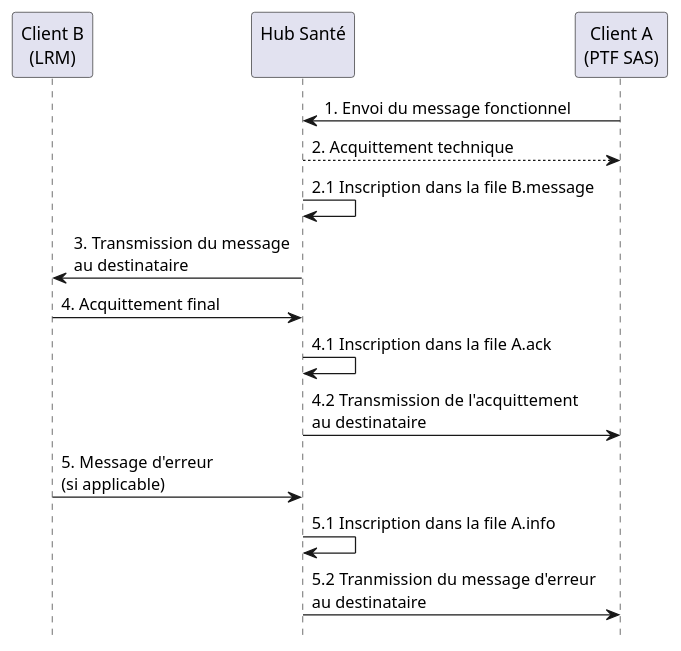
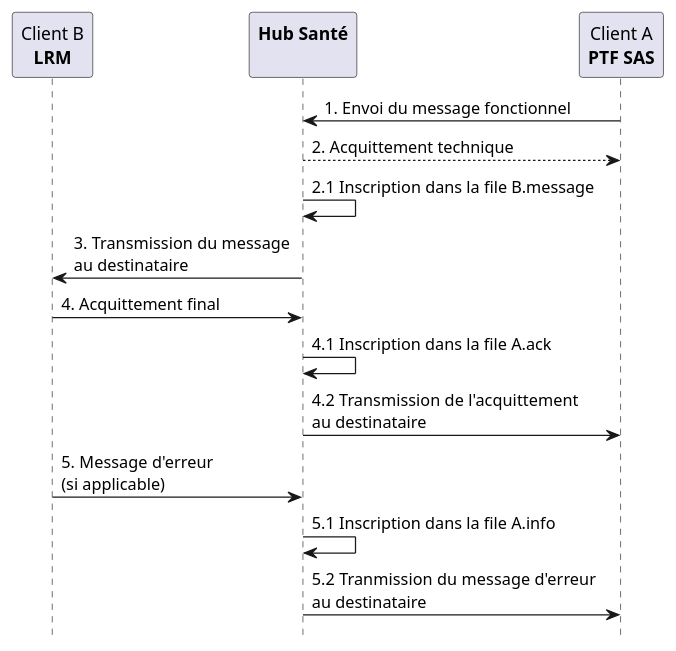
The diagram in input/images-source/diagramme_sequence_hub_detaille.plantuml (ansforge/IG-fhir-service-acces-aux-soins), drawn with PlantUML before and after one commit. The commit also changed 1 other file, not shown here.

Commit message:
MAJ diag Plant UML
Précisions diagrammes séquences hub

```diff
--- a/input/images-source/diagramme_sequence_hub_detaille.plantuml
+++ b/input/images-source/diagramme_sequence_hub_detaille.plantuml
@@ -3,20 +3,20 @@
 @startuml
 
 hide footbox
 
-participant "Client B\n(LRM)" as LRM
-participant "Hub Santé\n" as Hub
-participant "Client A\n(PTF SAS)" as PTF
+participant "Client B\n**LRM**" as LRM
+participant "**Hub Santé**\n" as Hub
+participant "Client A\n**PTF SAS**" as PTF
 
 PTF -> Hub : 1. Envoi du message fonctionnel
 Hub --> PTF : 2. Acquittement technique
 Hub -> Hub : 2.1 Inscription dans la file B.message
 Hub -> LRM : 3. Transmission du message \nau destinataire
 LRM -> Hub : 4. Acquittement final
 Hub -> Hub : 4.1 Inscription dans la file A.ack
 Hub -> PTF : 4.2 Transmission de l'acquittement \nau destinataire
 LRM -> Hub : 5. Message d'erreur \n(si applicable)
 Hub -> Hub : 5.1 Inscription dans la file A.info
 Hub -> PTF : 5.2 Tranmission du message d'erreur \nau destinataire
 
 @enduml
```
